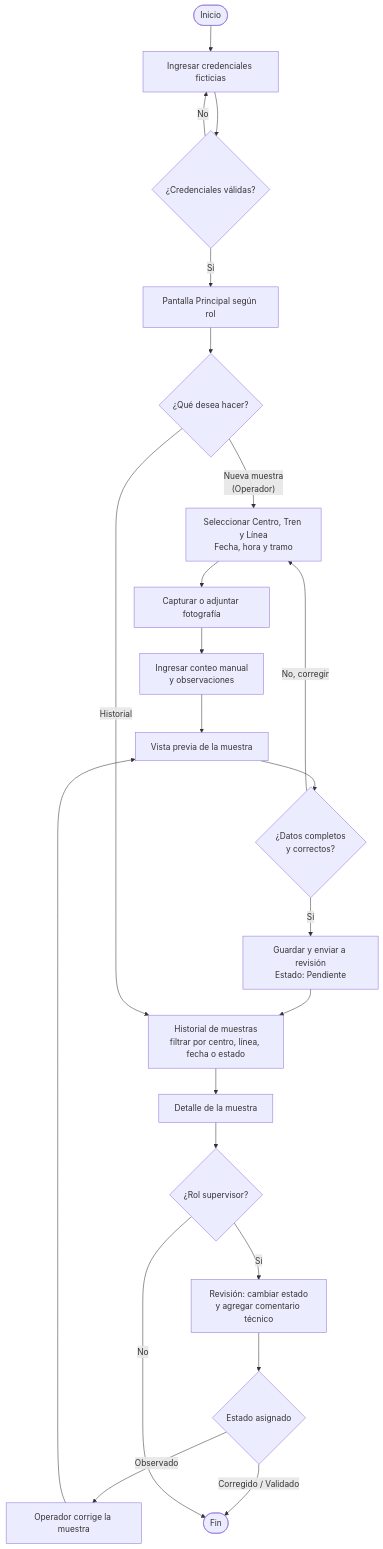
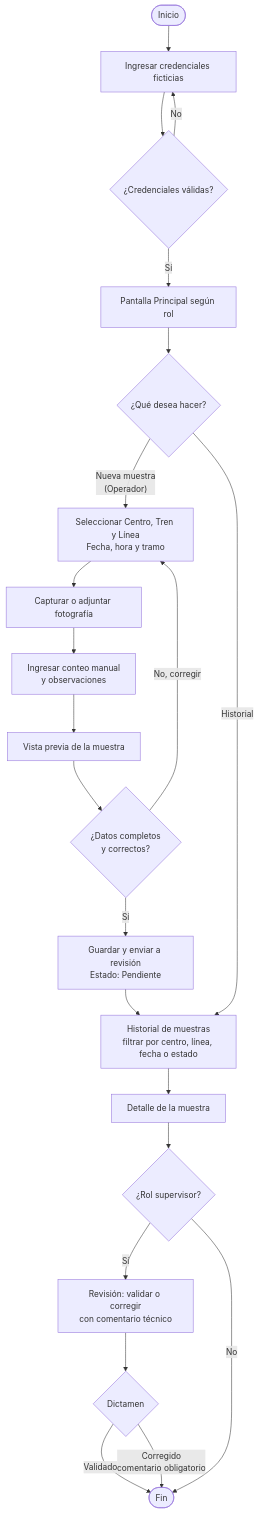
The diagram in docs/diseno/flujo-usuario-uml.mmd (jesuscardenas-jacv1/Proyecto-ALDEMAR), drawn with Mermaid before and after one commit. The commit also changed 2 other files, not shown here.

Commit message:
docs: flujo de revisión sin Observado (README, UML y base de datos)
El supervisor valida o corrige; se documenta la migración v2.

```diff
--- a/docs/diseno/flujo-usuario-uml.mmd
+++ b/docs/diseno/flujo-usuario-uml.mmd
@@ -1,25 +1,24 @@
 flowchart TD
     Inicio([Inicio]) --> Login[Ingresar credenciales ficticias]
     Login --> V1{¿Credenciales válidas?}
     V1 -- No --> Login
     V1 -- Sí --> Principal[Pantalla Principal según rol]
     Principal --> D1{¿Qué desea hacer?}
 
     D1 -- Nueva muestra<br/>(Operador) --> Form[Seleccionar Centro, Tren y Línea<br/>Fecha, hora y tramo]
     Form --> Foto[Capturar o adjuntar fotografía]
     Foto --> Conteo[Ingresar conteo manual<br/>y observaciones]
     Conteo --> Preview[Vista previa de la muestra]
     Preview --> V2{¿Datos completos<br/>y correctos?}
     V2 -- No, corregir --> Form
     V2 -- Sí --> Guardar[Guardar y enviar a revisión<br/>Estado: Pendiente]
     Guardar --> Historial
 
     D1 -- Historial --> Historial[Historial de muestras<br/>filtrar por centro, línea, fecha o estado]
     Historial --> Detalle[Detalle de la muestra]
     Detalle --> D2{¿Rol supervisor?}
-    D2 -- Sí --> Revision[Revisión: cambiar estado<br/>y agregar comentario técnico]
-    Revision --> D3{Estado asignado}
-    D3 -- Observado --> Corregir[Operador corrige la muestra]
-    Corregir --> Preview
-    D3 -- Corregido / Validado --> Fin([Fin])
+    D2 -- Sí --> Revision[Revisión: validar o corregir<br/>con comentario técnico]
+    Revision --> D3{Dictamen}
+    D3 -- Validado --> Fin([Fin])
+    D3 -- Corregido<br/>comentario obligatorio --> Fin
     D2 -- No --> Fin
```
